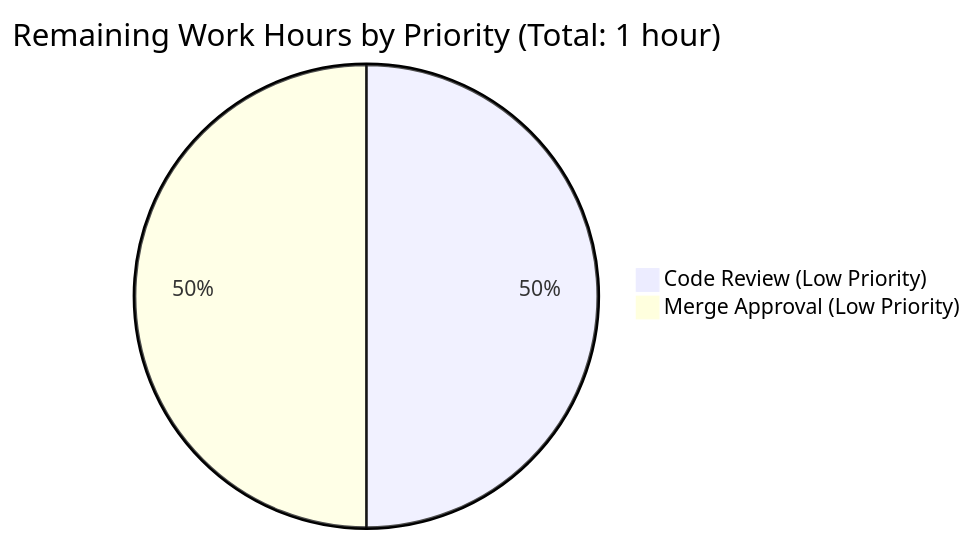
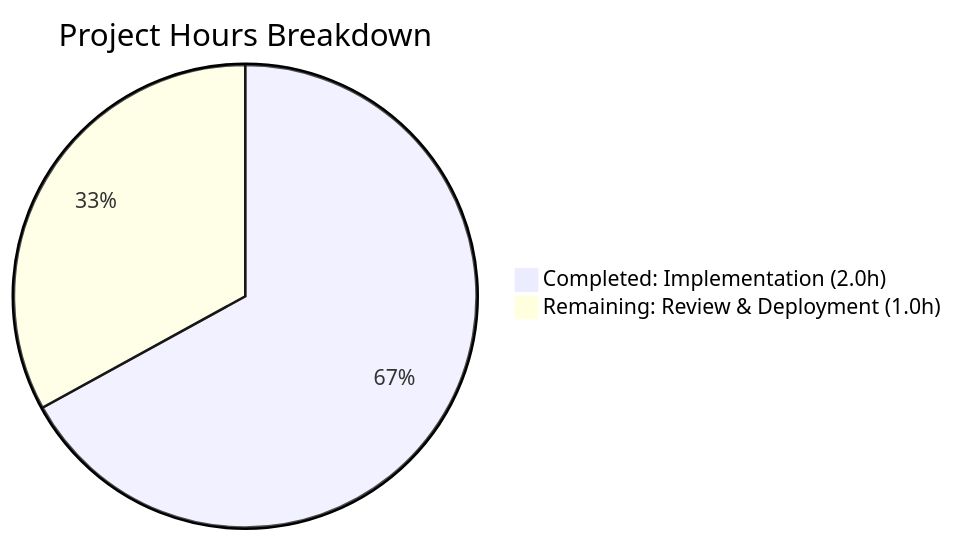
One commit to prasad-blitzy/quick-repo-4 changed the first of 2 diagrams in blitzy/documentation/Project Guide.md. Above: the diagram before and after it, drawn with Mermaid. The commit also changed other lines of this file, not shown here.

Commit message:
Adding Blitzy Project Guide: Project Status and Human Tasks Remaining

````diff
--- a/blitzy/documentation/Project Guide.md
+++ b/blitzy/documentation/Project Guide.md
@@ -478,5 +230,5 @@
 ```mermaid
-pie title Remaining Work Hours by Priority (Total: 1 hour)
-    "Code Review (Low Priority)" : 0.5
-    "Merge Approval (Low Priority)" : 0.5
+pie title Project Hours Breakdown
+    "Completed: Implementation (2.0h)" : 67
+    "Remaining: Review & Deployment (1.0h)" : 33
 ```
````
